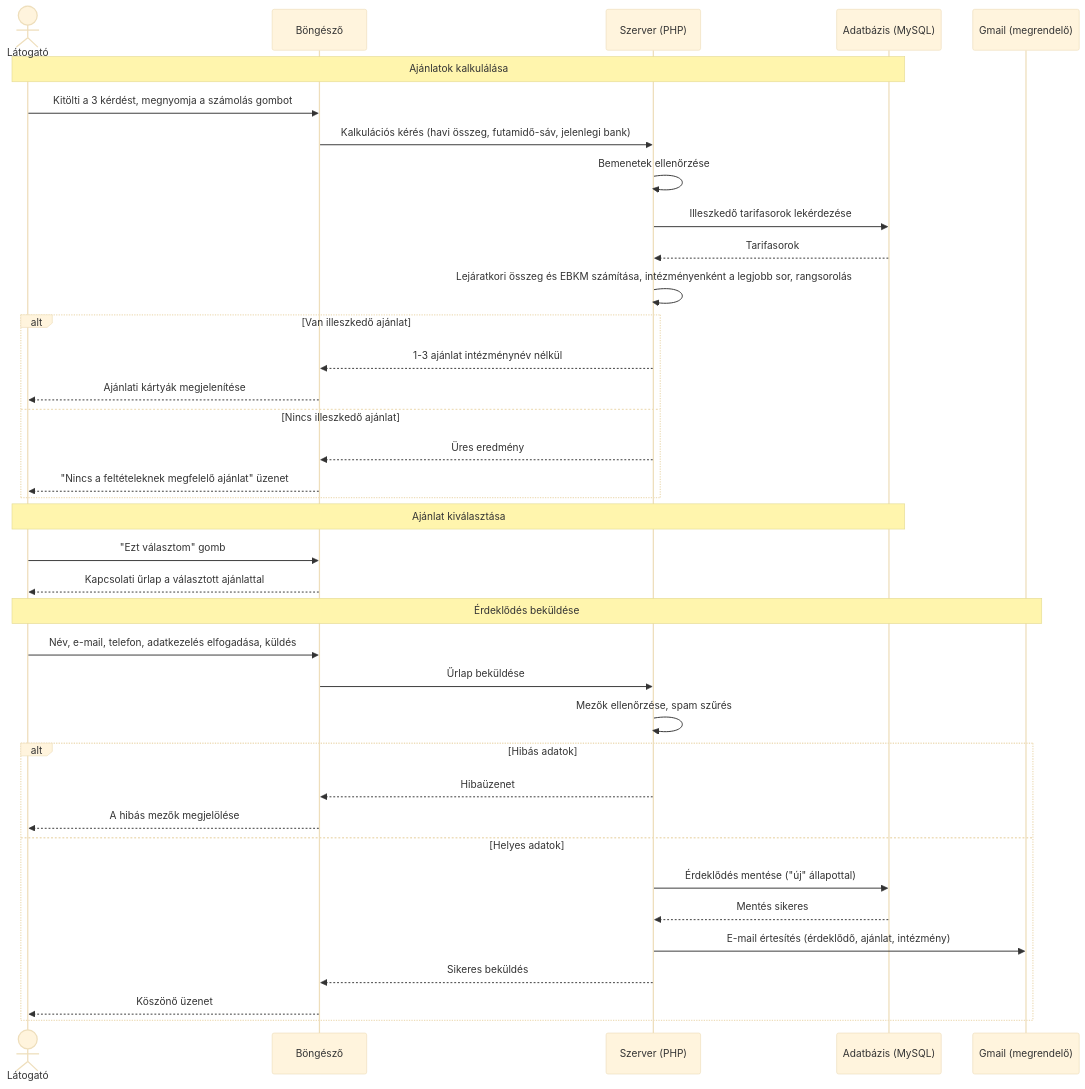
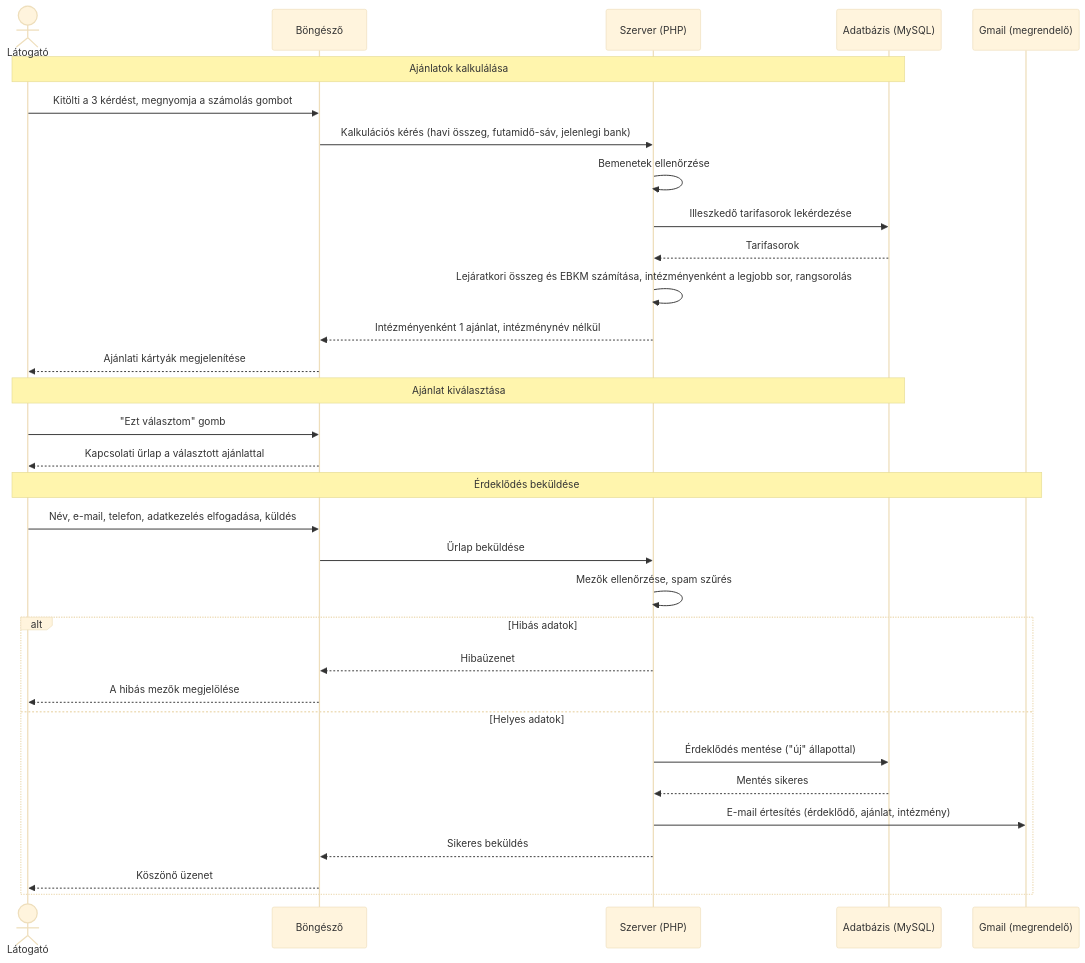
The diagram in docs/sequence.md (adambriny/rendszerfejlesztes_2026_a), drawn with Mermaid (base theme) before and after one commit. The commit also changed other lines of this file, not shown here.

Commit message:
Sequence diagram hibajavítás

````diff
--- a/docs/sequence.md
+++ b/docs/sequence.md
@@ -5,42 +5,37 @@
 ```mermaid
 sequenceDiagram
     actor L as Látogató
     participant B as Böngésző
     participant S as Szerver (PHP)
     participant D as Adatbázis (MySQL)
     participant G as Gmail (megrendelő)
 
     Note over L,D: Ajánlatok kalkulálása
     L->>B: Kitölti a 3 kérdést, megnyomja a számolás gombot
     B->>S: Kalkulációs kérés (havi összeg, futamidő-sáv, jelenlegi bank)
     S->>S: Bemenetek ellenőrzése
     S->>D: Illeszkedő tarifasorok lekérdezése
     D-->>S: Tarifasorok
     S->>S: Lejáratkori összeg és EBKM számítása, intézményenként a legjobb sor, rangsorolás
-    alt Van illeszkedő ajánlat
-        S-->>B: 1-3 ajánlat intézménynév nélkül
-        B-->>L: Ajánlati kártyák megjelenítése
-    else Nincs illeszkedő ajánlat
-        S-->>B: Üres eredmény
-        B-->>L: "Nincs a feltételeknek megfelelő ajánlat" üzenet
-    end
+    S-->>B: Intézményenként 1 ajánlat, intézménynév nélkül
+    B-->>L: Ajánlati kártyák megjelenítése
 
     Note over L,D: Ajánlat kiválasztása
     L->>B: "Ezt választom" gomb
     B-->>L: Kapcsolati űrlap a választott ajánlattal
 
     Note over L,G: Érdeklődés beküldése
     L->>B: Név, e-mail, telefon, adatkezelés elfogadása, küldés
     B->>S: Űrlap beküldése
     S->>S: Mezők ellenőrzése, spam szűrés
     alt Hibás adatok
         S-->>B: Hibaüzenet
         B-->>L: A hibás mezők megjelölése
     else Helyes adatok
         S->>D: Érdeklődés mentése ("új" állapottal)
         D-->>S: Mentés sikeres
         S->>G: E-mail értesítés (érdeklődő, ajánlat, intézmény)
         S-->>B: Sikeres beküldés
         B-->>L: Köszönő üzenet
     end
 ```
````
